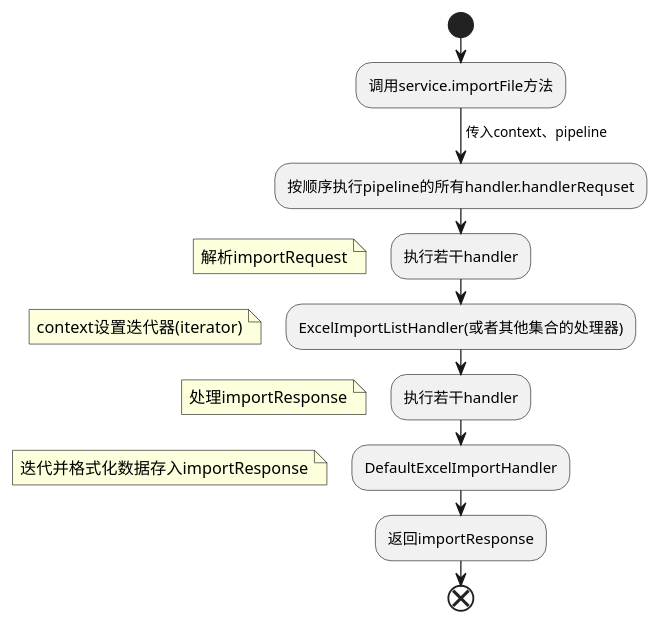
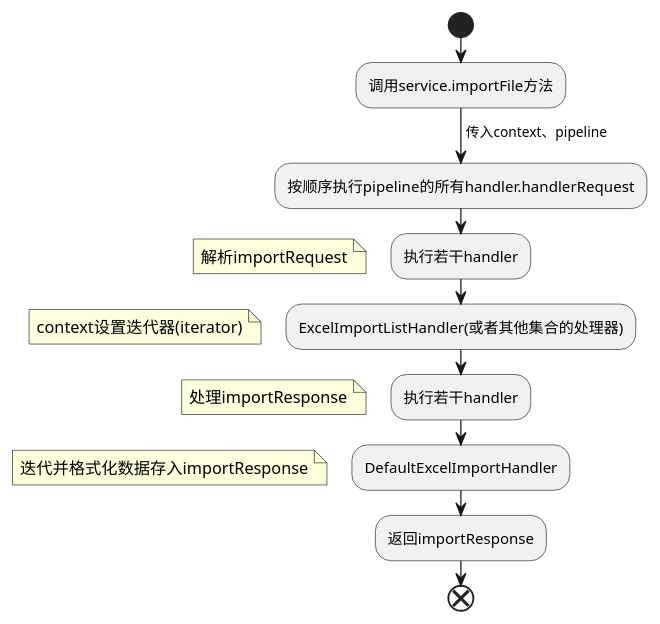
The diagram in import/src/main/java/com/flyread/file/imp0rt/container_file_import_export_component_excel_import_flow.puml (hongbofan/file-import-export), drawn with PlantUML before and after one commit. The commit also changed 21 other files, not shown here.

```diff
--- a/import/src/main/java/com/flyread/file/imp0rt/container_file_import_export_component_excel_import_flow.puml
+++ b/import/src/main/java/com/flyread/file/imp0rt/container_file_import_export_component_excel_import_flow.puml
@@ -1,16 +1,16 @@
 @startuml
 start
 :调用service.importFile方法;
 -> 传入context、pipeline;
-:按顺序执行pipeline的所有handler.handlerRequset;
+:按顺序执行pipeline的所有handler.handlerRequest;
 :执行若干handler;
 floating note left:解析importRequest
 :ExcelImportListHandler(或者其他集合的处理器);
 floating note left:context设置迭代器(iterator)
 :执行若干handler;
 floating note left:处理importResponse
 :DefaultExcelImportHandler;
 floating note left:迭代并格式化数据存入importResponse
 :返回importResponse;
 end
 @enduml
```
